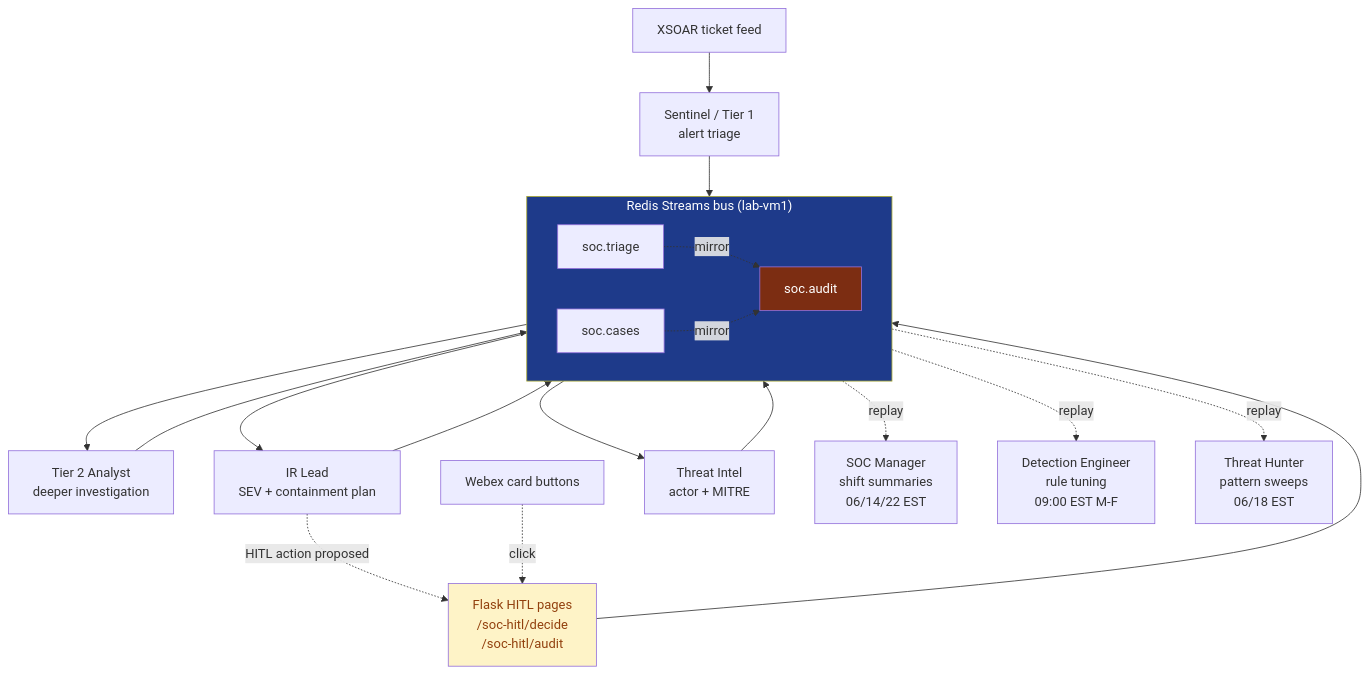
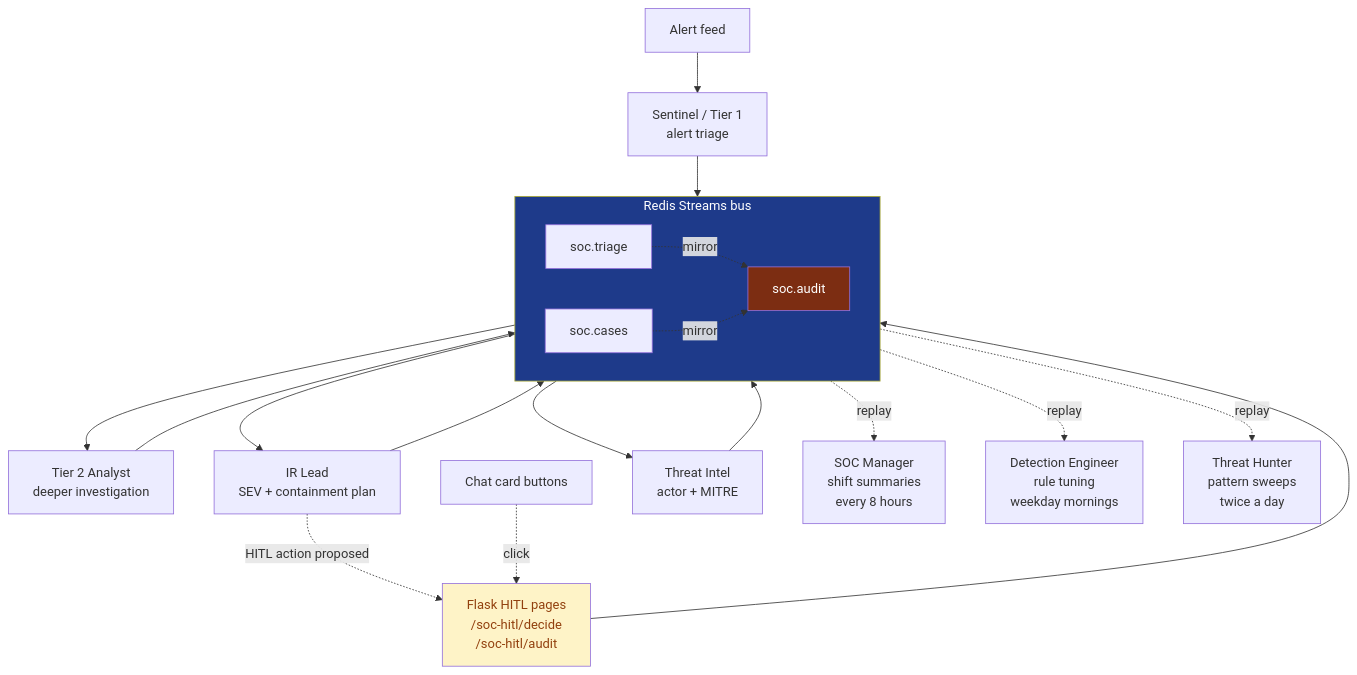
Before and after one commit to vinayvobbili/vinayvobbili.github.io: the first of 2 diagrams in _posts/2026-05-30-building-soc-in-a-box.md, drawn with Mermaid. The commit also changed other lines of this file and 11 other files, not shown here.

````diff
--- a/_posts/2026-05-30-building-soc-in-a-box.md
+++ b/_posts/2026-05-30-building-soc-in-a-box.md
@@ -43,30 +43,30 @@
 ```mermaid
 flowchart TB
-    XSOAR[XSOAR ticket feed] --> Sentinel
-    subgraph Bus["Redis Streams bus (lab-vm1)"]
+    Feed[Alert feed] --> Sentinel
+    subgraph Bus["Redis Streams bus"]
         direction LR
         STRG[soc.triage]
         SCAS[soc.cases]
         SAUD[soc.audit]
     end
     Sentinel[Sentinel / Tier 1<br/>alert triage] --> STRG
     STRG --> Tier2[Tier 2 Analyst<br/>deeper investigation]
     Tier2 --> SCAS
     SCAS --> IR[IR Lead<br/>SEV + containment plan]
     IR --> SCAS
     IR -.HITL action proposed.-> Flask[Flask HITL pages<br/>/soc-hitl/decide<br/>/soc-hitl/audit]
-    Webex[Webex card buttons] -.click.-> Flask
+    Chat[Chat card buttons] -.click.-> Flask
     Flask --> SCAS
     SCAS --> TI[Threat Intel<br/>actor + MITRE]
     TI --> SCAS
 
-    SAUD -.replay.-> SOCMgr[SOC Manager<br/>shift summaries<br/>06/14/22 EST]
-    SAUD -.replay.-> DetEng[Detection Engineer<br/>rule tuning<br/>09:00 EST M-F]
-    SAUD -.replay.-> Hunter[Threat Hunter<br/>pattern sweeps<br/>06/18 EST]
+    SAUD -.replay.-> SOCMgr[SOC Manager<br/>shift summaries<br/>every 8 hours]
+    SAUD -.replay.-> DetEng[Detection Engineer<br/>rule tuning<br/>weekday mornings]
+    SAUD -.replay.-> Hunter[Threat Hunter<br/>pattern sweeps<br/>twice a day]
     STRG -.mirror.-> SAUD
     SCAS -.mirror.-> SAUD
 
     style Bus fill:#1e3a8a,color:#fff
     style Flask fill:#fef3c7,color:#92400e
     style SAUD fill:#7c2d12,color:#fff
 ```
````
